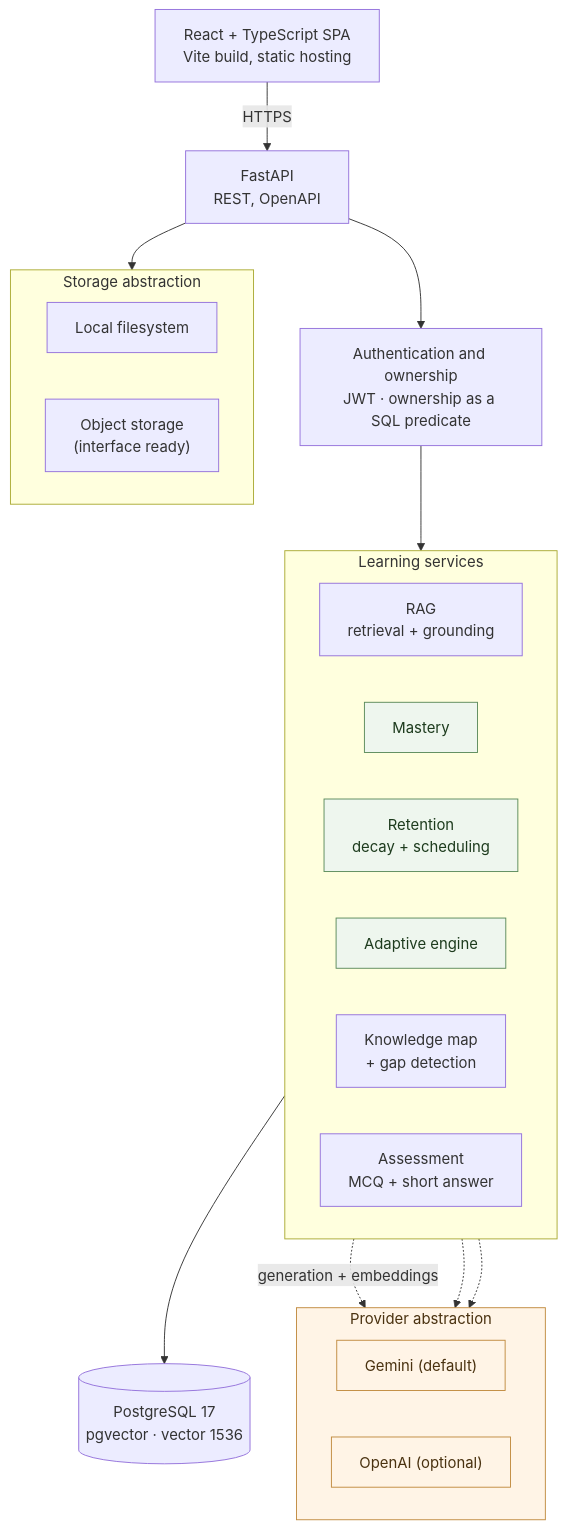
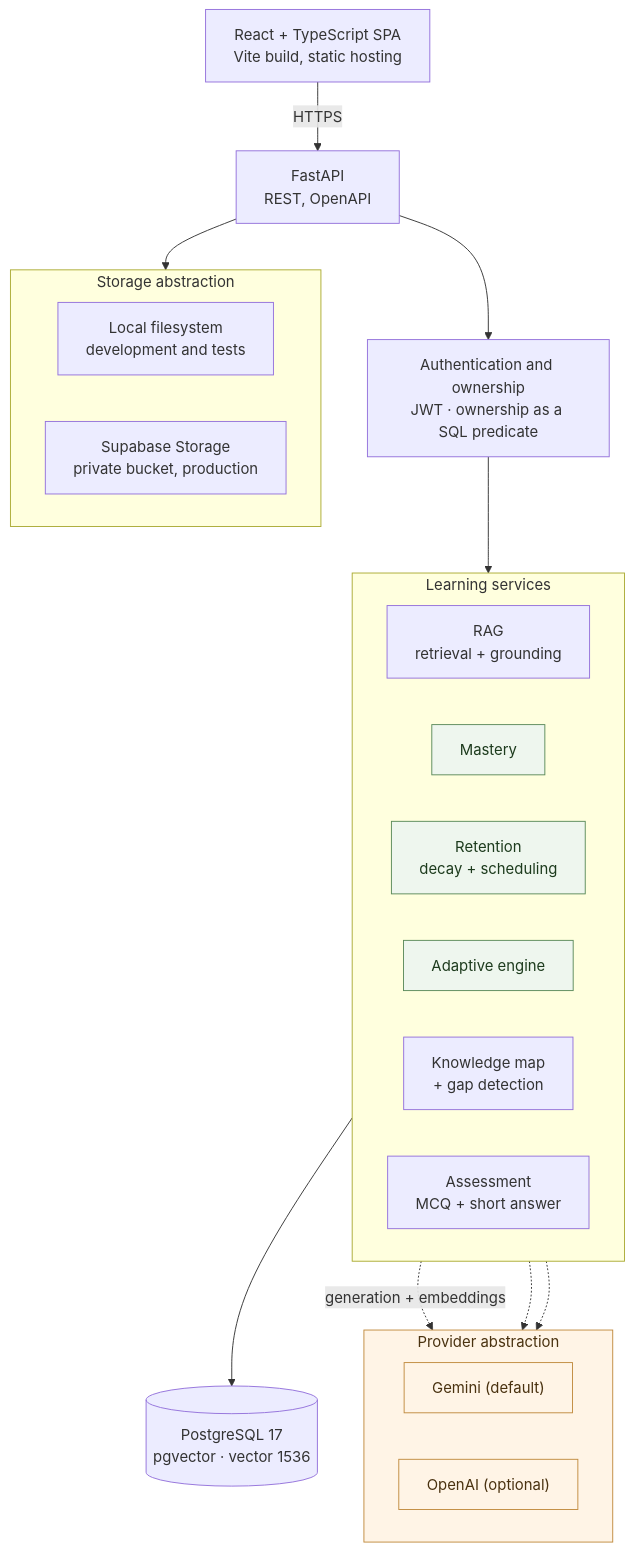
The first of 2 diagrams in README.md (ghaida-ahmed/anchor), drawn with Mermaid before and after one commit. The commit also changed other lines of this file and 14 other files, not shown here.

````diff
--- a/README.md
+++ b/README.md
@@ -90,43 +90,43 @@
 ```mermaid
 flowchart TD
     UI["React + TypeScript SPA<br/>Vite build, static hosting"]
     API["FastAPI<br/>REST, OpenAPI"]
     AUTH["Authentication and ownership<br/>JWT · ownership as a SQL predicate"]
 
     UI -->|HTTPS| API
     API --> AUTH
 
     AUTH --> SVC
 
     subgraph SVC["Learning services"]
         direction LR
         RAG["RAG<br/>retrieval + grounding"]
         MAST["Mastery"]
         RET["Retention<br/>decay + scheduling"]
         ADAPT["Adaptive engine"]
         MAP["Knowledge map<br/>+ gap detection"]
         ASSESS["Assessment<br/>MCQ + short answer"]
     end
 
     SVC --> DB[("PostgreSQL 17<br/>pgvector · vector 1536")]
 
     RAG -.->|generation + embeddings| PROV
     MAP -.-> PROV
     ASSESS -.-> PROV
 
     subgraph PROV["Provider abstraction"]
         GEM["Gemini (default)"]
         OAI["OpenAI (optional)"]
     end
 
     API --> STORE
     subgraph STORE["Storage abstraction"]
-        LOCAL["Local filesystem"]
-        OBJ["Object storage<br/>(interface ready)"]
+        LOCAL["Local filesystem<br/>development and tests"]
+        OBJ["Supabase Storage<br/>private bucket, production"]
     end
 
     classDef det fill:#eef6ee,stroke:#5a8a5a,color:#1d3b1d
     classDef gen fill:#fff4e6,stroke:#c08a3e,color:#4a3210
     class MAST,RET,ADAPT det
     class PROV,GEM,OAI gen
 ```
````
